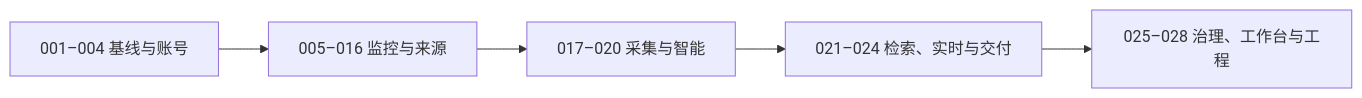
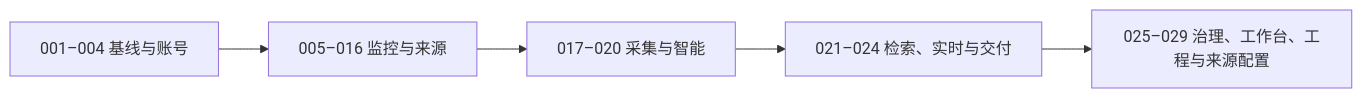
Before and after one commit to StephenQiu30/Ripplesight: the diagram in docs/README.md, drawn with Mermaid. The commit also changed other lines of this file and 48 other files, not shown here.

````diff
--- a/docs/README.md
+++ b/docs/README.md
@@ -63,7 +64,7 @@
 ```mermaid
 flowchart LR
   A["001–004 基线与账号"] --> B["005–016 监控与来源"]
   B --> C["017–020 采集与智能"]
   C --> D["021–024 检索、实时与交付"]
-  D --> E["025–028 治理、工作台与工程"]
+  D --> E["025–029 治理、工作台、工程与来源配置"]
 ```
````
